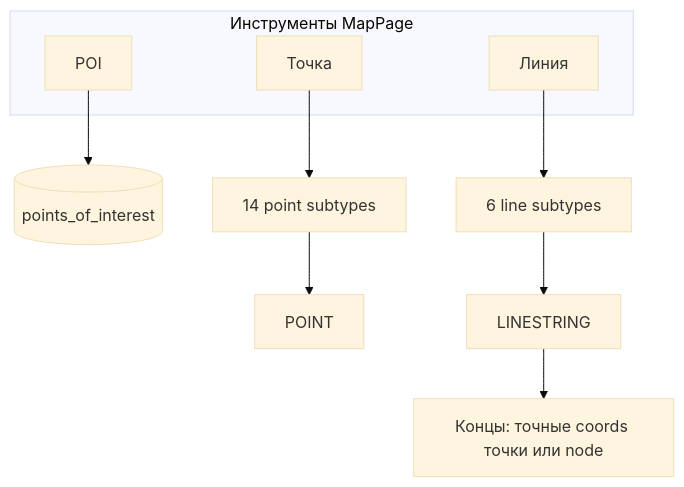
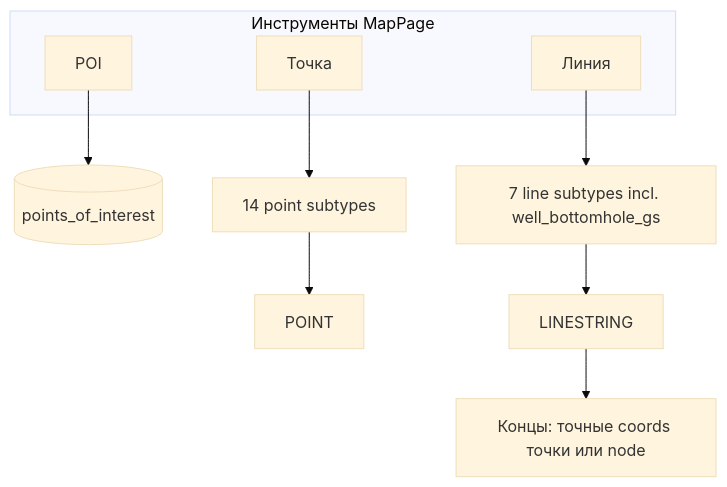
Before and after one commit to Mekcuka/Scaning: the first of 5 diagrams in docs/features/map-objects-and-spatial-calculations.md, drawn with Mermaid (base theme). The commit also changed other lines of this file and 158 other files, not shown here.

````diff
--- a/docs/features/map-objects-and-spatial-calculations.md
+++ b/docs/features/map-objects-and-spatial-calculations.md
@@ -109,14 +113,14 @@
 ```mermaid
 flowchart TB
   subgraph tools [Инструменты MapPage]
     POI[POI]
     PT[Точка]
     LN[Линия]
   end
   POI --> poiTable[(points_of_interest)]
   PT --> pointSub[14 point subtypes]
-  LN --> lineSub[6 line subtypes]
+  LN --> lineSub[7 line subtypes incl. well_bottomhole_gs]
   pointSub --> geomP[POINT]
   lineSub --> geomL[LINESTRING]
   geomL --> snap["Концы: точные coords точки или node"]
 ```
````
